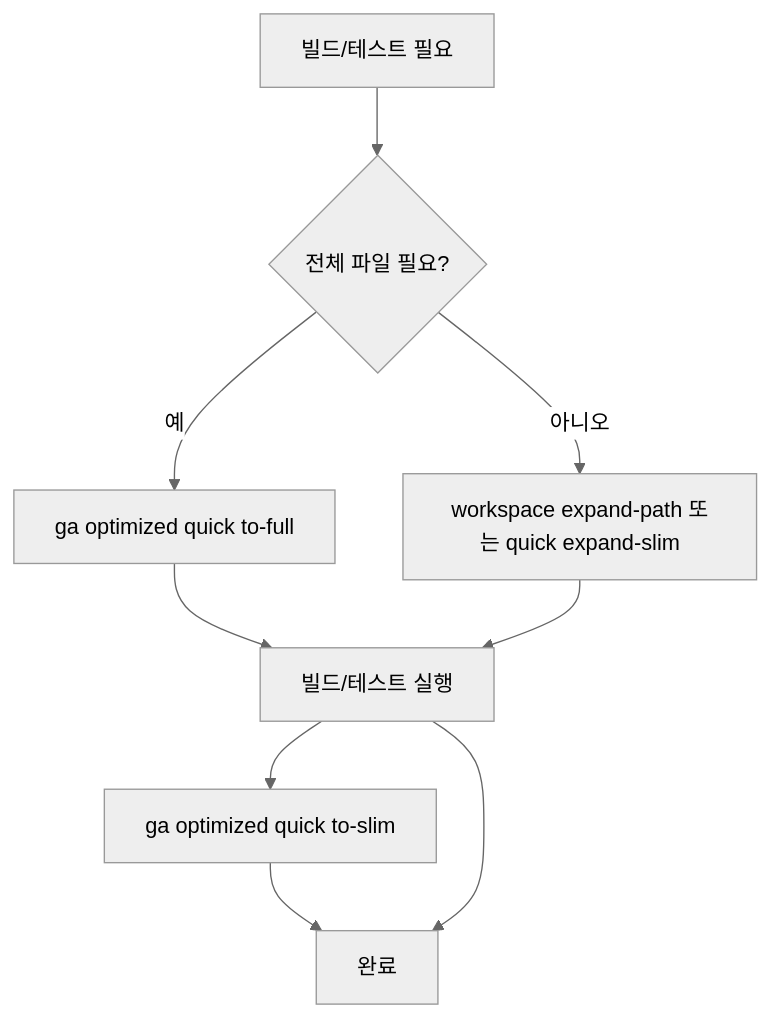
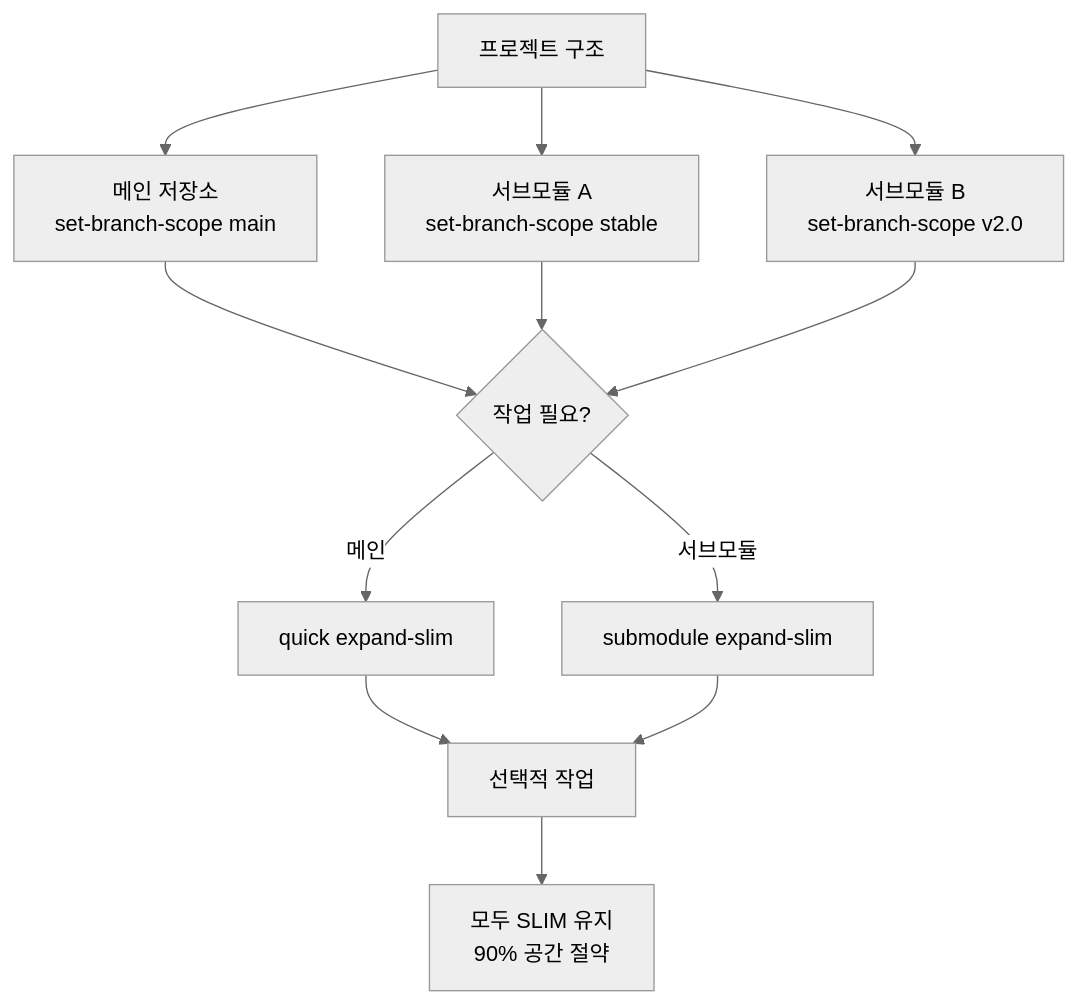
Before and after one commit to yoonhwan-neowiz/homebrew-workingcli: the fifth of 10 diagrams in GIT.WORK.md, drawn with Mermaid (neutral theme). The commit also changed other lines of this file and 1 other file, not shown here.

````diff
--- a/GIT.WORK.md
+++ b/GIT.WORK.md
@@ -136,11 +199,14 @@
 ```mermaid
 flowchart TD
-  A[빌드/테스트 필요] --> B{전체 파일 필요?}
-  B -- 예 --> C[ga optimized quick to-full]
-  C --> D[빌드/테스트 실행]
-  D --> E[ga optimized quick to-slim]
-  B -- 아니오 --> F[workspace expand-path 또는 quick expand-slim]
-  F --> D
-  E --> G[완료]
-  D --> G
+  A[프로젝트 구조] --> B[메인 저장소<br/>set-branch-scope main]
+  A --> C[서브모듈 A<br/>set-branch-scope stable]
+  A --> D[서브모듈 B<br/>set-branch-scope v2.0]
+  B --> E{작업 필요?}
+  C --> E
+  D --> E
+  E -->|메인| F[quick expand-slim]
+  E -->|서브모듈| G[submodule expand-slim <name>]
+  F --> H[선택적 작업]
+  G --> H
+  H --> I[모두 SLIM 유지<br/>90% 공간 절약]
 ```
````
